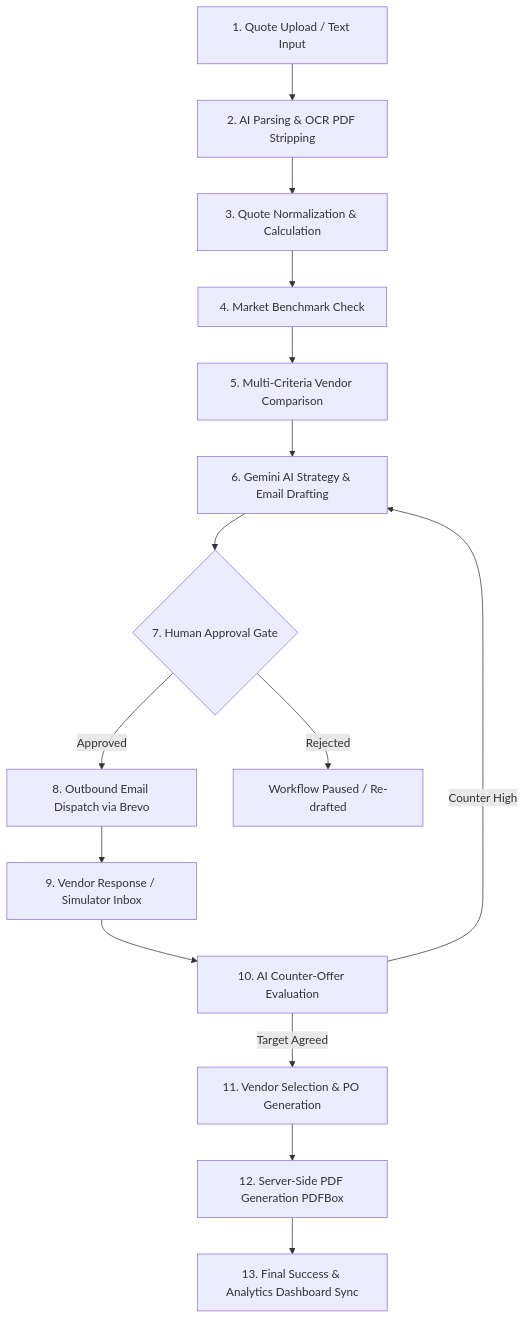
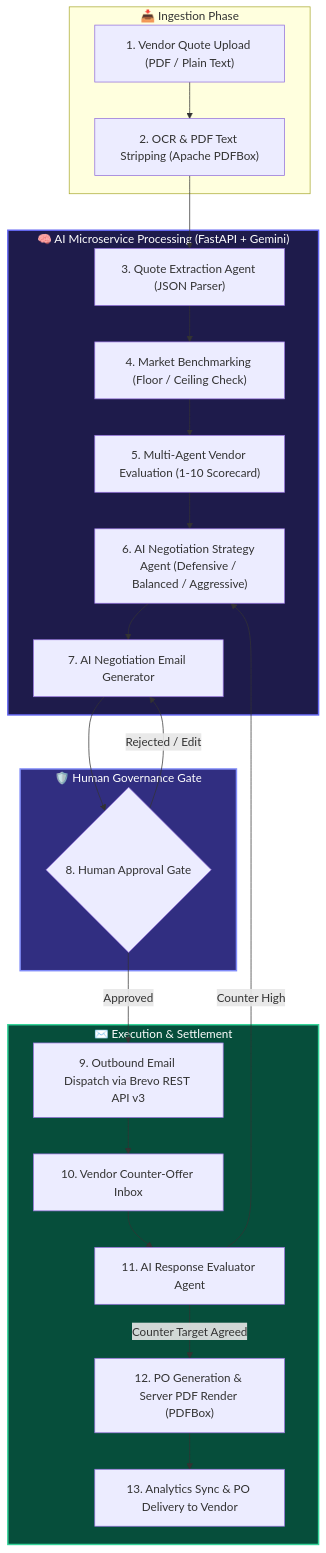
One commit to VishalRajExe/ProcureAI changed the first of 5 diagrams in README.md. Above: the diagram before and after it, drawn with Mermaid. The commit also changed other lines of this file, not shown here.

Commit message:
Redesign README Mermaid diagrams to highlight AI Microservice and Multi-Agent pipeline

````diff
--- a/README.md
+++ b/README.md
@@ -73,17 +73,32 @@
 ```mermaid
 flowchart TD
-    A[1. Quote Upload / Text Input] --> B[2. AI Parsing & OCR PDF Stripping]
-    B --> C[3. Quote Normalization & Calculation]
-    C --> D[4. Market Benchmark Check]
-    D --> E[5. Multi-Criteria Vendor Comparison]
-    E --> F[6. Gemini AI Strategy & Email Drafting]
-    F --> G{7. Human Approval Gate}
-    G -- Approved --> H[8. Outbound Email Dispatch via Brevo]
-    G -- Rejected --> I[Workflow Paused / Re-drafted]
-    H --> J[9. Vendor Response / Simulator Inbox]
-    J --> K[10. AI Counter-Offer Evaluation]
-    K -- Target Agreed --> L[11. Vendor Selection & PO Generation]
-    K -- Counter High --> F
-    L --> M[12. Server-Side PDF Generation PDFBox]
-    M --> N[13. Final Success & Analytics Dashboard Sync]
+    subgraph Ingestion ["📥 Ingestion Phase"]
+        A["1. Vendor Quote Upload (PDF / Plain Text)"] --> B["2. OCR & PDF Text Stripping (Apache PDFBox)"]
+    end
+
+    subgraph AI_Processing ["🧠 AI Microservice Processing (FastAPI + Gemini)"]
+        B --> C["3. Quote Extraction Agent (JSON Parser)"]
+        C --> D["4. Market Benchmarking (Floor / Ceiling Check)"]
+        D --> E["5. Multi-Agent Vendor Evaluation (1-10 Scorecard)"]
+        E --> F["6. AI Negotiation Strategy Agent (Defensive / Balanced / Aggressive)"]
+        F --> G["7. AI Negotiation Email Generator"]
+    end
+
+    subgraph Governance ["🛡️ Human Governance Gate"]
+        G --> H{"8. Human Approval Gate"}
+        H -- "Rejected / Edit" --> G
+    end
+
+    subgraph Execution ["✉️ Execution & Settlement"]
+        H -- "Approved" --> I["9. Outbound Email Dispatch via Brevo REST API v3"]
+        I --> J["10. Vendor Counter-Offer Inbox"]
+        J --> K["11. AI Response Evaluator Agent"]
+        K -- "Counter Target Agreed" --> L["12. PO Generation & Server PDF Render (PDFBox)"]
+        K -- "Counter High" --> F
+        L --> M["13. Analytics Sync & PO Delivery to Vendor"]
+    end
+
+    style AI_Processing fill:#1e1b4b,stroke:#6366f1,stroke-width:2px,color:#fff
+    style Governance fill:#312e81,stroke:#818cf8,stroke-width:2px,color:#fff
+    style Execution fill:#064e3b,stroke:#34d399,stroke-width:2px,color:#fff
 ```
````
